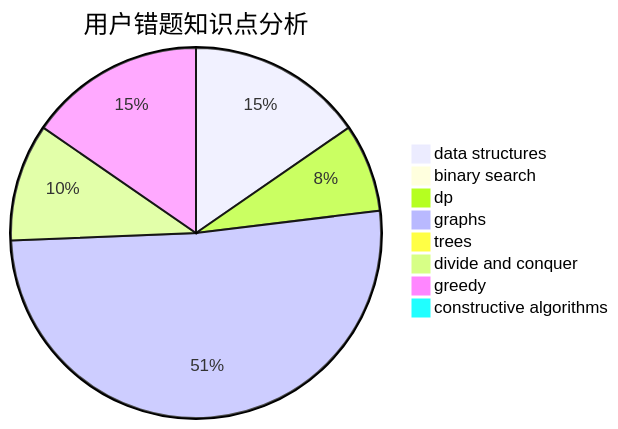
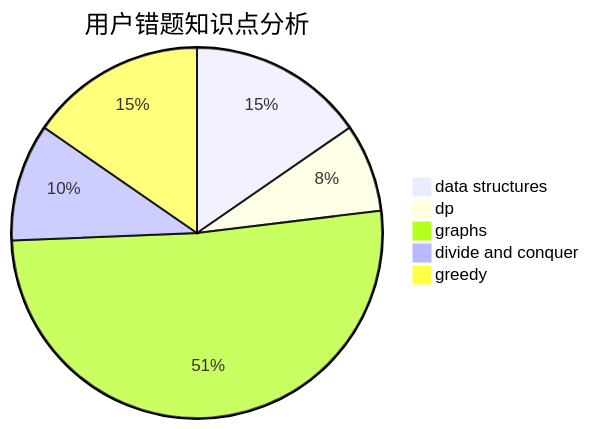
One commit to sherpahu/cfrs.github.io changed the third of 3 diagrams in docs/user/u1927.md. Above: the diagram before and after it, drawn with Mermaid. The commit also changed other lines of this file and 2770 other files, not shown here.

````diff
--- a/docs/user/u1927.md
+++ b/docs/user/u1927.md
@@ -31,11 +28,8 @@
 ```mermaid
 pie title 用户错题知识点分析
     "data structures" :  6
-    "binary search" :  0
     "dp" :  3
     "graphs" :  20
-    "trees" :  0
     "divide and conquer" :  4
     "greedy" :  6
-    "constructive algorithms" :  0
 ```
````
